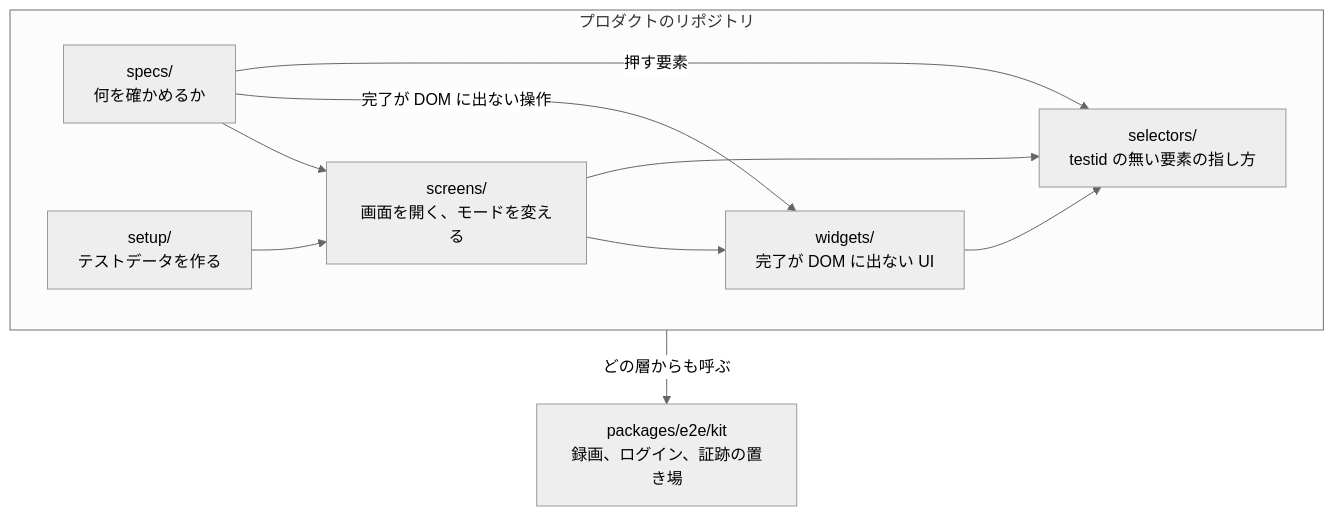
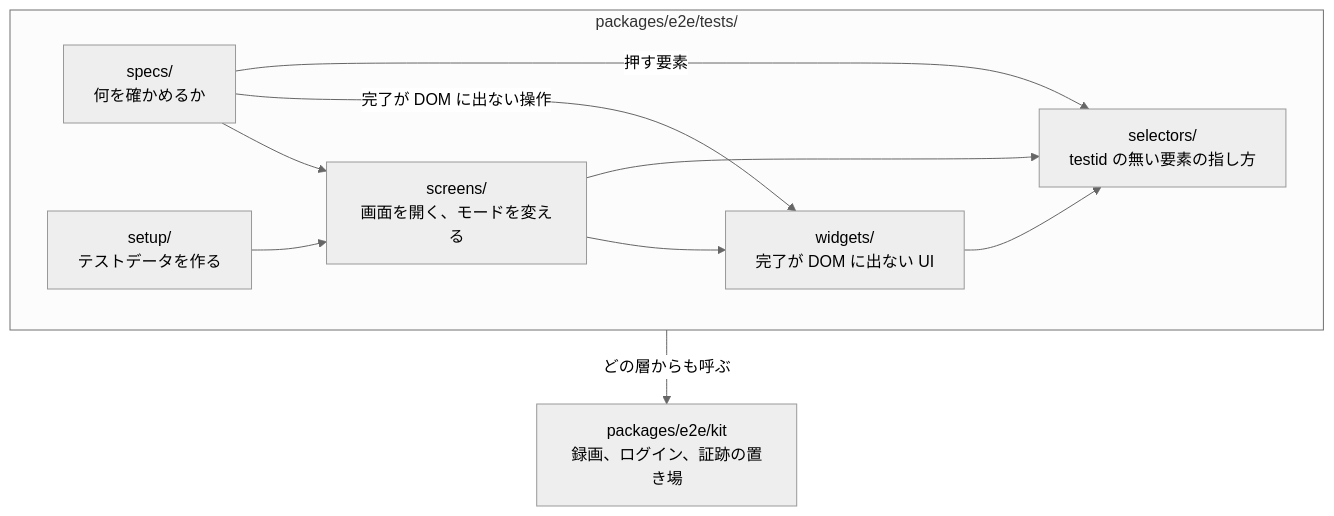
Before and after one commit to Fukuemon/buddy: the first of 4 diagrams in packages/e2e/DesignDoc.md, drawn with Mermaid (neutral theme). The commit also changed other lines of this file and 15 other files, not shown here.

````diff
--- a/packages/e2e/DesignDoc.md
+++ b/packages/e2e/DesignDoc.md
@@ -60,20 +60,20 @@
 ```mermaid
 flowchart TB
-  subgraph product["プロダクトのリポジトリ"]
+  subgraph product["packages/e2e/tests/"]
     specs["specs/<br/>何を確かめるか"]
     setup["setup/<br/>テストデータを作る"]
     screens["screens/<br/>画面を開く、モードを変える"]
     widgets["widgets/<br/>完了が DOM に出ない UI"]
     selectors["selectors/<br/>testid の無い要素の指し方"]
   end
   kit["packages/e2e/kit<br/>録画、ログイン、証跡の置き場"]
 
   specs --> screens
   setup --> screens
   specs -->|"完了が DOM に出ない操作"| widgets
   screens --> widgets
   specs -->|"押す要素"| selectors
   screens --> selectors
   widgets --> selectors
   product -->|"どの層からも呼ぶ"| kit
 ```
````
